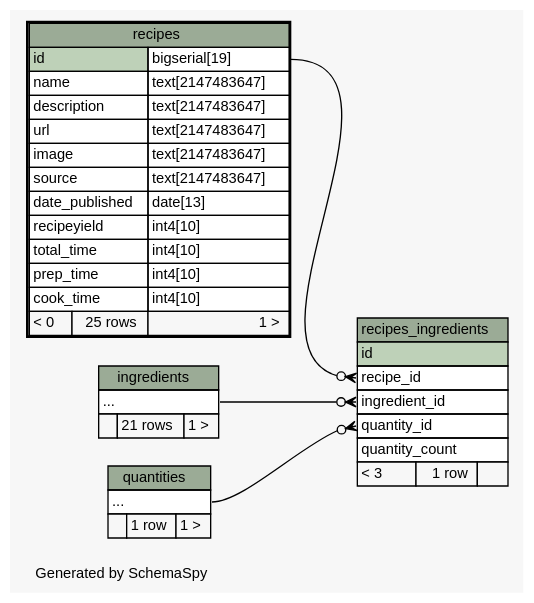
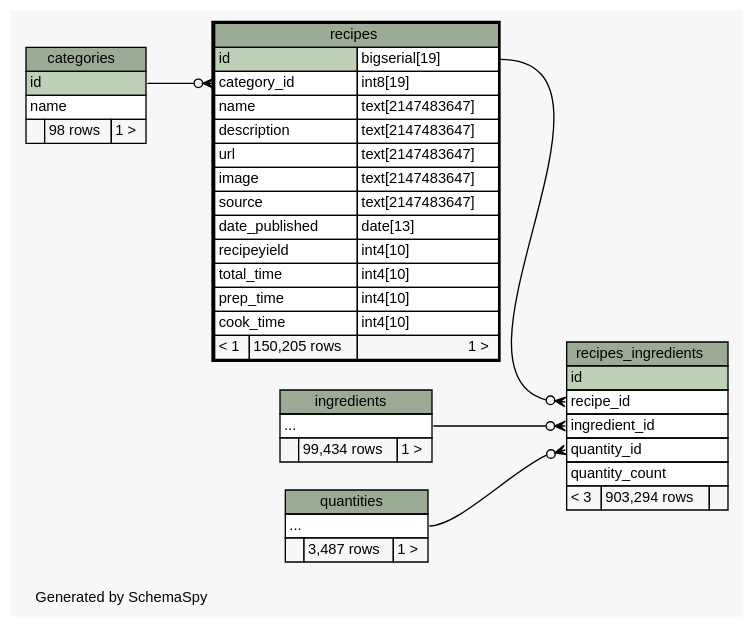
One commit to pianiel/food-net changed the diagram in doc/diagrams/recipes.2degrees.dot. Above: the diagram before and after it, drawn with Graphviz. The commit also changed 39 other files, not shown here.

Commit message:
updated database schema

```diff
--- a/doc/diagrams/recipes.2degrees.dot
+++ b/doc/diagrams/recipes.2degrees.dot
@@ -1,79 +1,92 @@
-// dot 2.26.3 on Linux 3.8.0-31-generic
+// dot 2.26.3 on Linux 3.8.0-33-generic
 // SchemaSpy rev 590
 digraph "twoDegreesRelationshipsDiagram" {
   graph [
     rankdir="RL"
     bgcolor="#f7f7f7"
     label="\nGenerated by SchemaSpy"
     labeljust="l"
     nodesep="0.18"
     ranksep="0.46"
     fontname="Helvetica"
     fontsize="11"
   ];
   node [
     fontname="Helvetica"
     fontsize="11"
     shape="plaintext"
   ];
   edge [
     arrowsize="0.8"
   ];
+  "recipes":"category_id":w -> "categories":"id":e [arrowhead=none dir=back arrowtail=crowodot];
   "recipes_ingredients":"ingredient_id":w -> "ingredients":"elipses":e [arrowhead=none dir=back arrowtail=crowodot];
   "recipes_ingredients":"quantity_id":w -> "quantities":"elipses":e [arrowhead=none dir=back arrowtail=crowodot];
   "recipes_ingredients":"recipe_id":w -> "recipes":"id.type":e [arrowhead=none dir=back arrowtail=crowodot];
+  "categories" [
+    label=<
+    <TABLE BORDER="0" CELLBORDER="1" CELLSPACING="0" BGCOLOR="#ffffff">
+      <TR><TD COLSPAN="3" BGCOLOR="#9bab96" ALIGN="CENTER">categories</TD></TR>
+      <TR><TD PORT="id" COLSPAN="3" BGCOLOR="#bed1b8" ALIGN="LEFT">id</TD></TR>
+      <TR><TD PORT="name" COLSPAN="3" ALIGN="LEFT">name</TD></TR>
+      <TR><TD ALIGN="LEFT" BGCOLOR="#f7f7f7">  </TD><TD ALIGN="RIGHT" BGCOLOR="#f7f7f7">98 rows</TD><TD ALIGN="RIGHT" BGCOLOR="#f7f7f7">1 &gt;</TD></TR>
+    </TABLE>>
+    URL="categories.html"
+    tooltip="categories"
+  ];
   "ingredients" [
     label=<
     <TABLE BORDER="0" CELLBORDER="1" CELLSPACING="0" BGCOLOR="#ffffff">
       <TR><TD COLSPAN="3" BGCOLOR="#9bab96" ALIGN="CENTER">ingredients</TD></TR>
       <TR><TD PORT="elipses" COLSPAN="3" ALIGN="LEFT">...</TD></TR>
-      <TR><TD ALIGN="LEFT" BGCOLOR="#f7f7f7">  </TD><TD ALIGN="RIGHT" BGCOLOR="#f7f7f7">21 rows</TD><TD ALIGN="RIGHT" BGCOLOR="#f7f7f7">1 &gt;</TD></TR>
+      <TR><TD ALIGN="LEFT" BGCOLOR="#f7f7f7">  </TD><TD ALIGN="RIGHT" BGCOLOR="#f7f7f7">99,434 rows</TD><TD ALIGN="RIGHT" BGCOLOR="#f7f7f7">1 &gt;</TD></TR>
     </TABLE>>
     URL="ingredients.html"
     tooltip="ingredients"
   ];
   "quantities" [
     label=<
     <TABLE BORDER="0" CELLBORDER="1" CELLSPACING="0" BGCOLOR="#ffffff">
       <TR><TD COLSPAN="3" BGCOLOR="#9bab96" ALIGN="CENTER">quantities</TD></TR>
       <TR><TD PORT="elipses" COLSPAN="3" ALIGN="LEFT">...</TD></TR>
-      <TR><TD ALIGN="LEFT" BGCOLOR="#f7f7f7">  </TD><TD ALIGN="RIGHT" BGCOLOR="#f7f7f7">1 row</TD><TD ALIGN="RIGHT" BGCOLOR="#f7f7f7">1 &gt;</TD></TR>
+      <TR><TD ALIGN="LEFT" BGCOLOR="#f7f7f7">  </TD><TD ALIGN="RIGHT" BGCOLOR="#f7f7f7">3,487 rows</TD><TD ALIGN="RIGHT" BGCOLOR="#f7f7f7">1 &gt;</TD></TR>
     </TABLE>>
     URL="quantities.html"
     tooltip="quantities"
   ];
   "recipes" [
     label=<
     <TABLE BORDER="2" CELLBORDER="1" CELLSPACING="0" BGCOLOR="#ffffff">
       <TR><TD COLSPAN="3" BGCOLOR="#9bab96" ALIGN="CENTER">recipes</TD></TR>
       <TR><TD PORT="id" COLSPAN="2" BGCOLOR="#bed1b8" ALIGN="LEFT">id</TD><TD PORT="id.type" ALIGN="LEFT">bigserial[19]</TD></TR>
+      <TR><TD PORT="category_id" COLSPAN="2" ALIGN="LEFT">category_id</TD><TD PORT="category_id.type" ALIGN="LEFT">int8[19]</TD></TR>
       <TR><TD PORT="name" COLSPAN="2" ALIGN="LEFT">name</TD><TD PORT="name.type" ALIGN="LEFT">text[2147483647]</TD></TR>
       <TR><TD PORT="description" COLSPAN="2" ALIGN="LEFT">description</TD><TD PORT="description.type" ALIGN="LEFT">text[2147483647]</TD></TR>
       <TR><TD PORT="url" COLSPAN="2" ALIGN="LEFT">url</TD><TD PORT="url.type" ALIGN="LEFT">text[2147483647]</TD></TR>
       <TR><TD PORT="image" COLSPAN="2" ALIGN="LEFT">image</TD><TD PORT="image.type" ALIGN="LEFT">text[2147483647]</TD></TR>
       <TR><TD PORT="source" COLSPAN="2" ALIGN="LEFT">source</TD><TD PORT="source.type" ALIGN="LEFT">text[2147483647]</TD></TR>
       <TR><TD PORT="date_published" COLSPAN="2" ALIGN="LEFT">date_published</TD><TD PORT="date_published.type" ALIGN="LEFT">date[13]</TD></TR>
       <TR><TD PORT="recipeyield" COLSPAN="2" ALIGN="LEFT">recipeyield</TD><TD PORT="recipeyield.type" ALIGN="LEFT">int4[10]</TD></TR>
       <TR><TD PORT="total_time" COLSPAN="2" ALIGN="LEFT">total_time</TD><TD PORT="total_time.type" ALIGN="LEFT">int4[10]</TD></TR>
       <TR><TD PORT="prep_time" COLSPAN="2" ALIGN="LEFT">prep_time</TD><TD PORT="prep_time.type" ALIGN="LEFT">int4[10]</TD></TR>
       <TR><TD PORT="cook_time" COLSPAN="2" ALIGN="LEFT">cook_time</TD><TD PORT="cook_time.type" ALIGN="LEFT">int4[10]</TD></TR>
-      <TR><TD ALIGN="LEFT" BGCOLOR="#f7f7f7">&lt; 0</TD><TD ALIGN="RIGHT" BGCOLOR="#f7f7f7">25 rows</TD><TD ALIGN="RIGHT" BGCOLOR="#f7f7f7">1 &gt;</TD></TR>
+      <TR><TD ALIGN="LEFT" BGCOLOR="#f7f7f7">&lt; 1</TD><TD ALIGN="RIGHT" BGCOLOR="#f7f7f7">150,205 rows</TD><TD ALIGN="RIGHT" BGCOLOR="#f7f7f7">1 &gt;</TD></TR>
     </TABLE>>
     URL="recipes.html"
     tooltip="recipes"
   ];
   "recipes_ingredients" [
     label=<
     <TABLE BORDER="0" CELLBORDER="1" CELLSPACING="0" BGCOLOR="#ffffff">
       <TR><TD COLSPAN="3" BGCOLOR="#9bab96" ALIGN="CENTER">recipes_ingredients</TD></TR>
       <TR><TD PORT="id" COLSPAN="3" BGCOLOR="#bed1b8" ALIGN="LEFT">id</TD></TR>
       <TR><TD PORT="recipe_id" COLSPAN="3" ALIGN="LEFT">recipe_id</TD></TR>
       <TR><TD PORT="ingredient_id" COLSPAN="3" ALIGN="LEFT">ingredient_id</TD></TR>
       <TR><TD PORT="quantity_id" COLSPAN="3" ALIGN="LEFT">quantity_id</TD></TR>
       <TR><TD PORT="quantity_count" COLSPAN="3" ALIGN="LEFT">quantity_count</TD></TR>
-      <TR><TD ALIGN="LEFT" BGCOLOR="#f7f7f7">&lt; 3</TD><TD ALIGN="RIGHT" BGCOLOR="#f7f7f7">1 row</TD><TD ALIGN="RIGHT" BGCOLOR="#f7f7f7">  </TD></TR>
+      <TR><TD ALIGN="LEFT" BGCOLOR="#f7f7f7">&lt; 3</TD><TD ALIGN="RIGHT" BGCOLOR="#f7f7f7">903,294 rows</TD><TD ALIGN="RIGHT" BGCOLOR="#f7f7f7">  </TD></TR>
     </TABLE>>
     URL="recipes_ingredients.html"
     tooltip="recipes_ingredients"
   ];
 }
```
